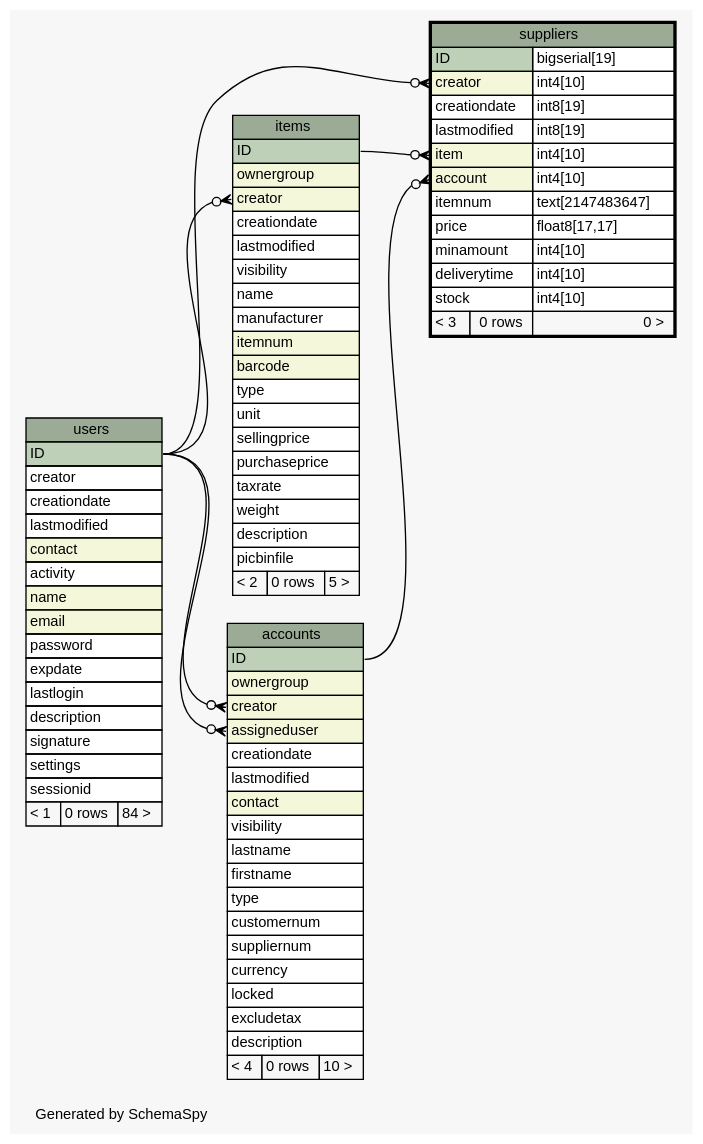
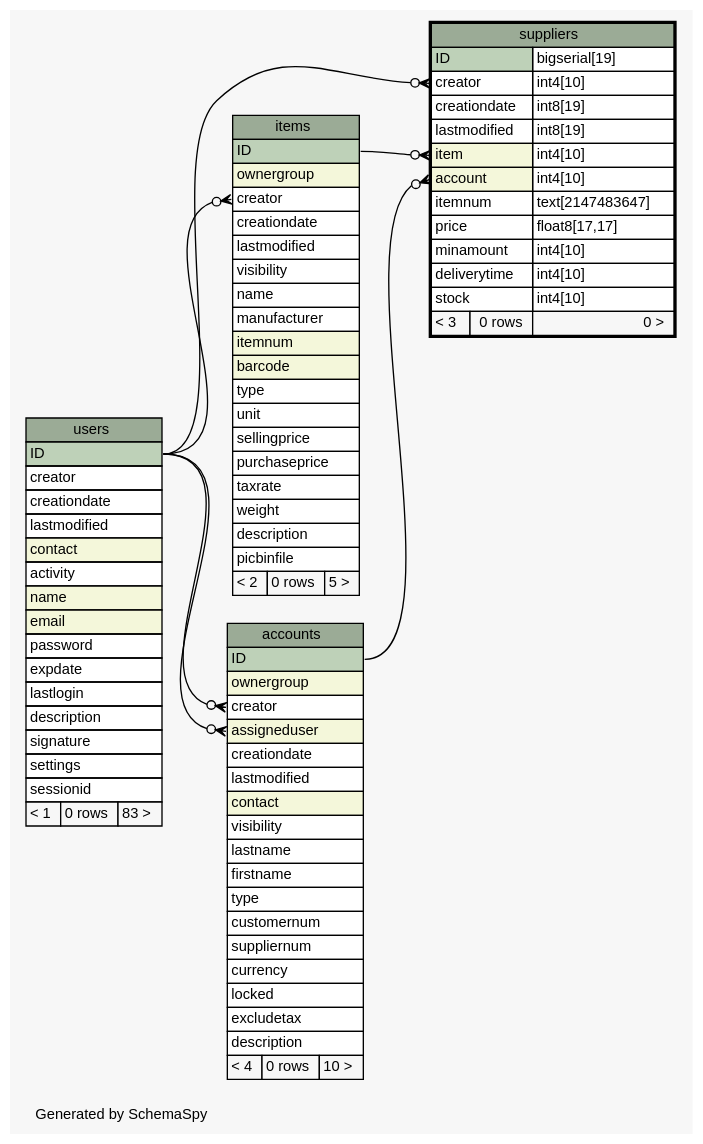
One commit to zeyosinc/zeyos-schema changed the diagram in diagrams/suppliers.1degree.dot. Above: the diagram before and after it, drawn with Graphviz. The commit also changed 277 other files, not shown here.

```diff
--- a/diagrams/suppliers.1degree.dot
+++ b/diagrams/suppliers.1degree.dot
@@ -1,125 +1,125 @@
 // dot 2.38.0 on Windows 8.1 6.3
 // SchemaSpy rev 590
 digraph "oneDegreeRelationshipsDiagram" {
   graph [
     rankdir="RL"
     bgcolor="#f7f7f7"
     label="\nGenerated by SchemaSpy"
     labeljust="l"
     nodesep="0.18"
     ranksep="0.46"
     fontname="Helvetica"
     fontsize="11"
   ];
   node [
     fontname="Helvetica"
     fontsize="11"
     shape="plaintext"
   ];
   edge [
     arrowsize="0.8"
   ];
   "accounts":"assigneduser":w -> "users":"ID":e [arrowhead=none dir=back arrowtail=crowodot];
   "accounts":"creator":w -> "users":"ID":e [arrowhead=none dir=back arrowtail=crowodot];
   "items":"creator":w -> "users":"ID":e [arrowhead=none dir=back arrowtail=crowodot];
   "suppliers":"account":w -> "accounts":"ID":e [arrowhead=none dir=back arrowtail=crowodot];
   "suppliers":"creator":w -> "users":"ID":e [arrowhead=none dir=back arrowtail=crowodot];
   "suppliers":"item":w -> "items":"ID":e [arrowhead=none dir=back arrowtail=crowodot];
   "accounts" [
     label=<
     <TABLE BORDER="0" CELLBORDER="1" CELLSPACING="0" BGCOLOR="#ffffff">
       <TR><TD COLSPAN="3" BGCOLOR="#9bab96" ALIGN="CENTER">accounts</TD></TR>
       <TR><TD PORT="ID" COLSPAN="3" BGCOLOR="#bed1b8" ALIGN="LEFT">ID</TD></TR>
       <TR><TD PORT="ownergroup" COLSPAN="3" BGCOLOR="#f4f7da" ALIGN="LEFT">ownergroup</TD></TR>
-      <TR><TD PORT="creator" COLSPAN="3" BGCOLOR="#f4f7da" ALIGN="LEFT">creator</TD></TR>
+      <TR><TD PORT="creator" COLSPAN="3" ALIGN="LEFT">creator</TD></TR>
       <TR><TD PORT="assigneduser" COLSPAN="3" BGCOLOR="#f4f7da" ALIGN="LEFT">assigneduser</TD></TR>
       <TR><TD PORT="creationdate" COLSPAN="3" ALIGN="LEFT">creationdate</TD></TR>
       <TR><TD PORT="lastmodified" COLSPAN="3" ALIGN="LEFT">lastmodified</TD></TR>
       <TR><TD PORT="contact" COLSPAN="3" BGCOLOR="#f4f7da" ALIGN="LEFT">contact</TD></TR>
       <TR><TD PORT="visibility" COLSPAN="3" ALIGN="LEFT">visibility</TD></TR>
       <TR><TD PORT="lastname" COLSPAN="3" ALIGN="LEFT">lastname</TD></TR>
       <TR><TD PORT="firstname" COLSPAN="3" ALIGN="LEFT">firstname</TD></TR>
       <TR><TD PORT="type" COLSPAN="3" ALIGN="LEFT">type</TD></TR>
       <TR><TD PORT="customernum" COLSPAN="3" ALIGN="LEFT">customernum</TD></TR>
       <TR><TD PORT="suppliernum" COLSPAN="3" ALIGN="LEFT">suppliernum</TD></TR>
       <TR><TD PORT="currency" COLSPAN="3" ALIGN="LEFT">currency</TD></TR>
       <TR><TD PORT="locked" COLSPAN="3" ALIGN="LEFT">locked</TD></TR>
       <TR><TD PORT="excludetax" COLSPAN="3" ALIGN="LEFT">excludetax</TD></TR>
       <TR><TD PORT="description" COLSPAN="3" ALIGN="LEFT">description</TD></TR>
       <TR><TD ALIGN="LEFT" BGCOLOR="#f7f7f7">&lt; 4</TD><TD ALIGN="RIGHT" BGCOLOR="#f7f7f7">0 rows</TD><TD ALIGN="RIGHT" BGCOLOR="#f7f7f7">10 &gt;</TD></TR>
     </TABLE>>
     URL="accounts.html"
     tooltip="accounts"
   ];
   "items" [
     label=<
     <TABLE BORDER="0" CELLBORDER="1" CELLSPACING="0" BGCOLOR="#ffffff">
       <TR><TD COLSPAN="3" BGCOLOR="#9bab96" ALIGN="CENTER">items</TD></TR>
       <TR><TD PORT="ID" COLSPAN="3" BGCOLOR="#bed1b8" ALIGN="LEFT">ID</TD></TR>
       <TR><TD PORT="ownergroup" COLSPAN="3" BGCOLOR="#f4f7da" ALIGN="LEFT">ownergroup</TD></TR>
-      <TR><TD PORT="creator" COLSPAN="3" BGCOLOR="#f4f7da" ALIGN="LEFT">creator</TD></TR>
+      <TR><TD PORT="creator" COLSPAN="3" ALIGN="LEFT">creator</TD></TR>
       <TR><TD PORT="creationdate" COLSPAN="3" ALIGN="LEFT">creationdate</TD></TR>
       <TR><TD PORT="lastmodified" COLSPAN="3" ALIGN="LEFT">lastmodified</TD></TR>
       <TR><TD PORT="visibility" COLSPAN="3" ALIGN="LEFT">visibility</TD></TR>
       <TR><TD PORT="name" COLSPAN="3" ALIGN="LEFT">name</TD></TR>
       <TR><TD PORT="manufacturer" COLSPAN="3" ALIGN="LEFT">manufacturer</TD></TR>
       <TR><TD PORT="itemnum" COLSPAN="3" BGCOLOR="#f4f7da" ALIGN="LEFT">itemnum</TD></TR>
       <TR><TD PORT="barcode" COLSPAN="3" BGCOLOR="#f4f7da" ALIGN="LEFT">barcode</TD></TR>
       <TR><TD PORT="type" COLSPAN="3" ALIGN="LEFT">type</TD></TR>
       <TR><TD PORT="unit" COLSPAN="3" ALIGN="LEFT">unit</TD></TR>
       <TR><TD PORT="sellingprice" COLSPAN="3" ALIGN="LEFT">sellingprice</TD></TR>
       <TR><TD PORT="purchaseprice" COLSPAN="3" ALIGN="LEFT">purchaseprice</TD></TR>
       <TR><TD PORT="taxrate" COLSPAN="3" ALIGN="LEFT">taxrate</TD></TR>
       <TR><TD PORT="weight" COLSPAN="3" ALIGN="LEFT">weight</TD></TR>
       <TR><TD PORT="description" COLSPAN="3" ALIGN="LEFT">description</TD></TR>
       <TR><TD PORT="picbinfile" COLSPAN="3" ALIGN="LEFT">picbinfile</TD></TR>
       <TR><TD ALIGN="LEFT" BGCOLOR="#f7f7f7">&lt; 2</TD><TD ALIGN="RIGHT" BGCOLOR="#f7f7f7">0 rows</TD><TD ALIGN="RIGHT" BGCOLOR="#f7f7f7">5 &gt;</TD></TR>
     </TABLE>>
     URL="items.html"
     tooltip="items"
   ];
   "suppliers" [
     label=<
     <TABLE BORDER="2" CELLBORDER="1" CELLSPACING="0" BGCOLOR="#ffffff">
       <TR><TD COLSPAN="3" BGCOLOR="#9bab96" ALIGN="CENTER">suppliers</TD></TR>
       <TR><TD PORT="ID" COLSPAN="2" BGCOLOR="#bed1b8" ALIGN="LEFT">ID</TD><TD PORT="ID.type" ALIGN="LEFT">bigserial[19]</TD></TR>
-      <TR><TD PORT="creator" COLSPAN="2" BGCOLOR="#f4f7da" ALIGN="LEFT">creator</TD><TD PORT="creator.type" ALIGN="LEFT">int4[10]</TD></TR>
+      <TR><TD PORT="creator" COLSPAN="2" ALIGN="LEFT">creator</TD><TD PORT="creator.type" ALIGN="LEFT">int4[10]</TD></TR>
       <TR><TD PORT="creationdate" COLSPAN="2" ALIGN="LEFT">creationdate</TD><TD PORT="creationdate.type" ALIGN="LEFT">int8[19]</TD></TR>
       <TR><TD PORT="lastmodified" COLSPAN="2" ALIGN="LEFT">lastmodified</TD><TD PORT="lastmodified.type" ALIGN="LEFT">int8[19]</TD></TR>
       <TR><TD PORT="item" COLSPAN="2" BGCOLOR="#f4f7da" ALIGN="LEFT">item</TD><TD PORT="item.type" ALIGN="LEFT">int4[10]</TD></TR>
       <TR><TD PORT="account" COLSPAN="2" BGCOLOR="#f4f7da" ALIGN="LEFT">account</TD><TD PORT="account.type" ALIGN="LEFT">int4[10]</TD></TR>
       <TR><TD PORT="itemnum" COLSPAN="2" ALIGN="LEFT">itemnum</TD><TD PORT="itemnum.type" ALIGN="LEFT">text[2147483647]</TD></TR>
       <TR><TD PORT="price" COLSPAN="2" ALIGN="LEFT">price</TD><TD PORT="price.type" ALIGN="LEFT">float8[17,17]</TD></TR>
       <TR><TD PORT="minamount" COLSPAN="2" ALIGN="LEFT">minamount</TD><TD PORT="minamount.type" ALIGN="LEFT">int4[10]</TD></TR>
       <TR><TD PORT="deliverytime" COLSPAN="2" ALIGN="LEFT">deliverytime</TD><TD PORT="deliverytime.type" ALIGN="LEFT">int4[10]</TD></TR>
       <TR><TD PORT="stock" COLSPAN="2" ALIGN="LEFT">stock</TD><TD PORT="stock.type" ALIGN="LEFT">int4[10]</TD></TR>
       <TR><TD ALIGN="LEFT" BGCOLOR="#f7f7f7">&lt; 3</TD><TD ALIGN="RIGHT" BGCOLOR="#f7f7f7">0 rows</TD><TD ALIGN="RIGHT" BGCOLOR="#f7f7f7">0 &gt;</TD></TR>
     </TABLE>>
     URL="suppliers.html"
     tooltip="suppliers"
   ];
   "users" [
     label=<
     <TABLE BORDER="0" CELLBORDER="1" CELLSPACING="0" BGCOLOR="#ffffff">
       <TR><TD COLSPAN="3" BGCOLOR="#9bab96" ALIGN="CENTER">users</TD></TR>
       <TR><TD PORT="ID" COLSPAN="3" BGCOLOR="#bed1b8" ALIGN="LEFT">ID</TD></TR>
       <TR><TD PORT="creator" COLSPAN="3" ALIGN="LEFT">creator</TD></TR>
       <TR><TD PORT="creationdate" COLSPAN="3" ALIGN="LEFT">creationdate</TD></TR>
       <TR><TD PORT="lastmodified" COLSPAN="3" ALIGN="LEFT">lastmodified</TD></TR>
       <TR><TD PORT="contact" COLSPAN="3" BGCOLOR="#f4f7da" ALIGN="LEFT">contact</TD></TR>
       <TR><TD PORT="activity" COLSPAN="3" ALIGN="LEFT">activity</TD></TR>
       <TR><TD PORT="name" COLSPAN="3" BGCOLOR="#f4f7da" ALIGN="LEFT">name</TD></TR>
       <TR><TD PORT="email" COLSPAN="3" BGCOLOR="#f4f7da" ALIGN="LEFT">email</TD></TR>
       <TR><TD PORT="password" COLSPAN="3" ALIGN="LEFT">password</TD></TR>
       <TR><TD PORT="expdate" COLSPAN="3" ALIGN="LEFT">expdate</TD></TR>
       <TR><TD PORT="lastlogin" COLSPAN="3" ALIGN="LEFT">lastlogin</TD></TR>
       <TR><TD PORT="description" COLSPAN="3" ALIGN="LEFT">description</TD></TR>
       <TR><TD PORT="signature" COLSPAN="3" ALIGN="LEFT">signature</TD></TR>
       <TR><TD PORT="settings" COLSPAN="3" ALIGN="LEFT">settings</TD></TR>
       <TR><TD PORT="sessionid" COLSPAN="3" ALIGN="LEFT">sessionid</TD></TR>
-      <TR><TD ALIGN="LEFT" BGCOLOR="#f7f7f7">&lt; 1</TD><TD ALIGN="RIGHT" BGCOLOR="#f7f7f7">0 rows</TD><TD ALIGN="RIGHT" BGCOLOR="#f7f7f7">84 &gt;</TD></TR>
+      <TR><TD ALIGN="LEFT" BGCOLOR="#f7f7f7">&lt; 1</TD><TD ALIGN="RIGHT" BGCOLOR="#f7f7f7">0 rows</TD><TD ALIGN="RIGHT" BGCOLOR="#f7f7f7">83 &gt;</TD></TR>
     </TABLE>>
     URL="users.html"
     tooltip="users"
   ];
 }
```
